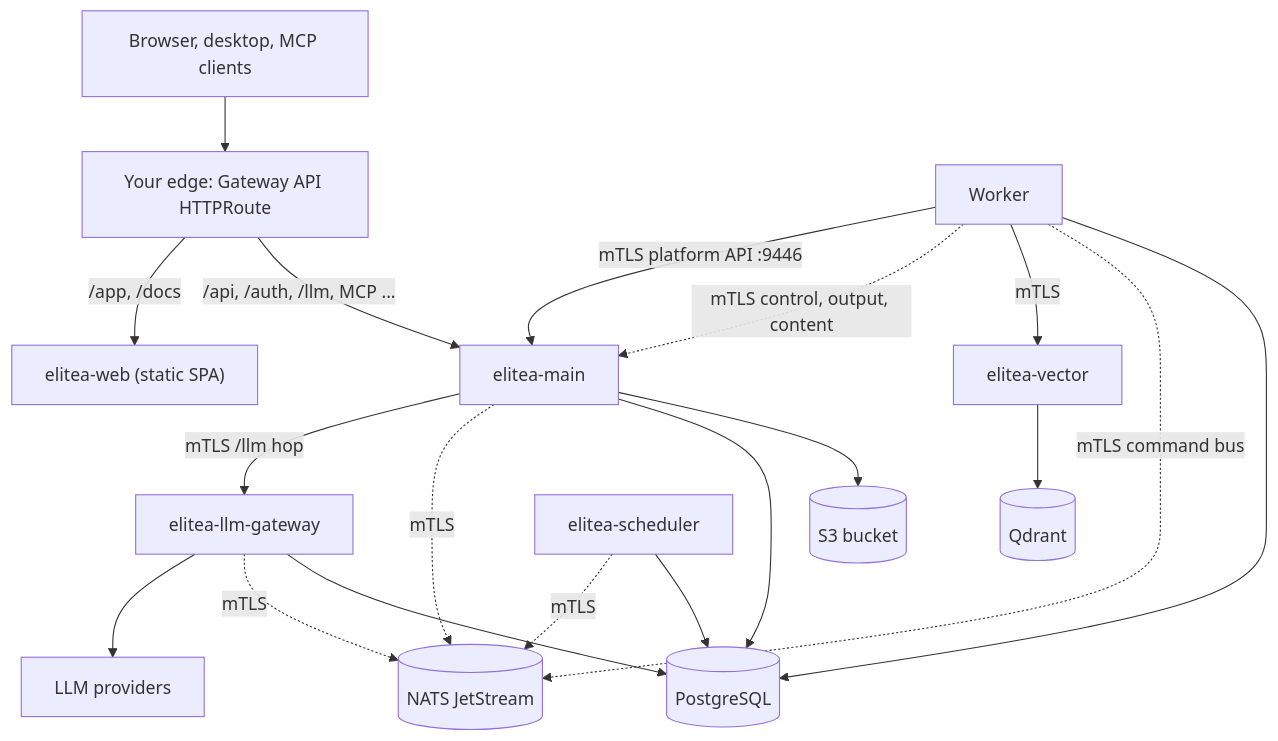
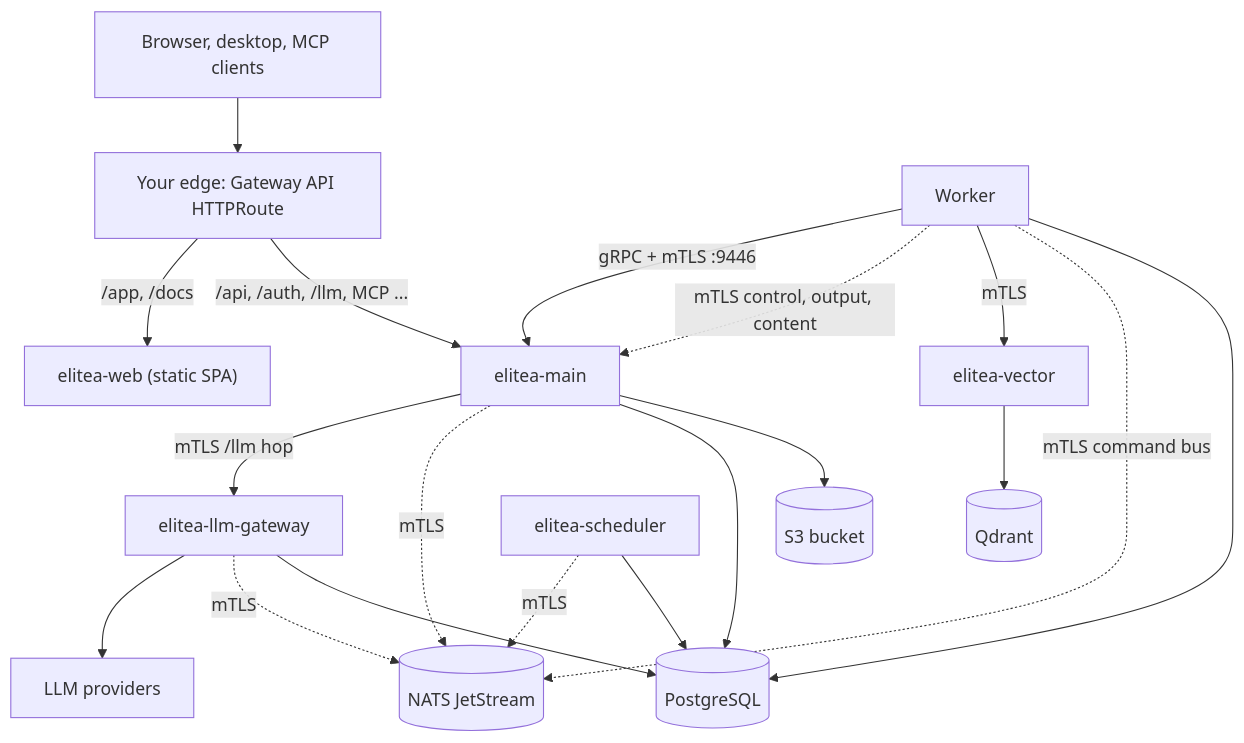
The diagram in apps/elitea-web/src/entries/docs/content/deployment/from-scratch.mdx (elitea-ng/elitea-platform), drawn with Mermaid before and after one commit. The commit also changed other lines of this file and 28 other files, not shown here.

````diff
--- a/apps/elitea-web/src/entries/docs/content/deployment/from-scratch.mdx
+++ b/apps/elitea-web/src/entries/docs/content/deployment/from-scratch.mdx
@@ -14,21 +14,21 @@
 ```mermaid
 flowchart TB
     Browser["Browser, desktop, MCP clients"] --> Edge["Your edge: Gateway API HTTPRoute"]
     Edge -->|"/app, /docs"| Web["elitea-web (static SPA)"]
     Edge -->|"/api, /auth, /llm, MCP ..."| Main["elitea-main"]
     Main -->|"mTLS /llm hop"| GW["elitea-llm-gateway"]
     GW --> Providers["LLM providers"]
-    Worker -->|"mTLS platform API :9446"| Main
+    Worker -->|"gRPC + mTLS :9446"| Main
     Worker -. "mTLS control, output, content" .-> Main
     Worker -->|"mTLS"| Vector["elitea-vector"]
     Vector --> Qdrant[("Qdrant")]
     Main -. "mTLS" .-> NATS[("NATS JetStream")]
     Worker -. "mTLS command bus" .-> NATS
     GW -. "mTLS" .-> NATS
     Sched["elitea-scheduler"] -. "mTLS" .-> NATS
     Main --> PG[("PostgreSQL")]
     GW --> PG
     Sched --> PG
     Worker --> PG
     Main --> S3[("S3 bucket")]
 ```
````
